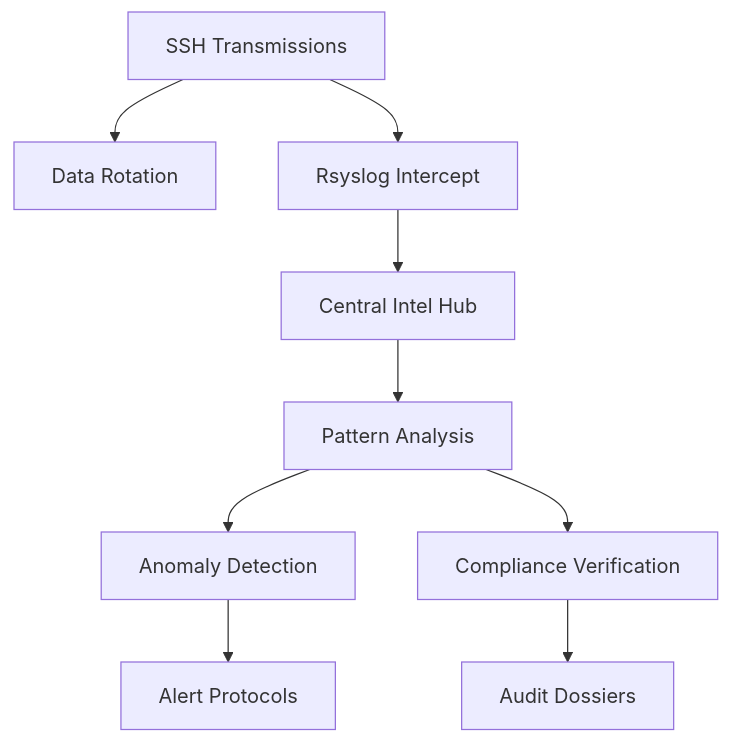
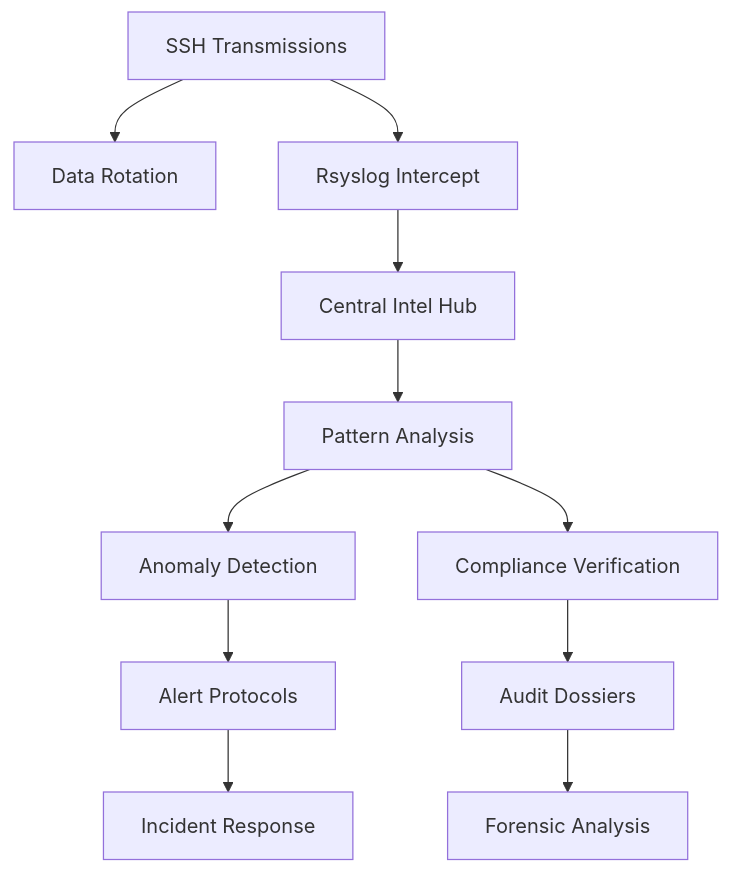
Before and after one commit to cipherbite/mastering-linux: the first of 3 diagrams in mastering-ssh-part-one/3 - Intermediate SSH Usage.md, drawn with Mermaid. The commit also changed other lines of this file, not shown here.

````diff
--- a/mastering-ssh-part-one/3 - Intermediate SSH Usage.md
+++ b/mastering-ssh-part-one/3 - Intermediate SSH Usage.md
@@ -204,11 +289,13 @@
 ```mermaid
 graph TD
     A[SSH Transmissions] --> B[Data Rotation]
     A --> C[Rsyslog Intercept]
     C --> D[Central Intel Hub]
     D --> E[Pattern Analysis]
     E --> F[Anomaly Detection]
     E --> G[Compliance Verification]
     F --> H[Alert Protocols]
     G --> I[Audit Dossiers]
+    H --> J[Incident Response]
+    I --> K[Forensic Analysis]
 ```
````
